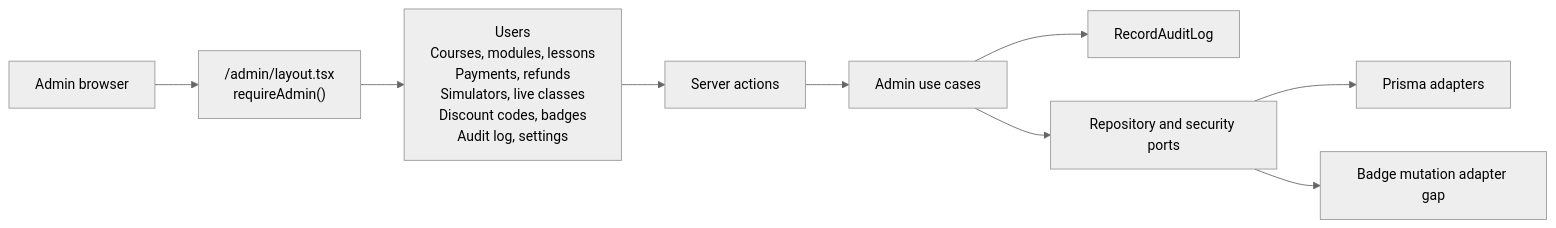
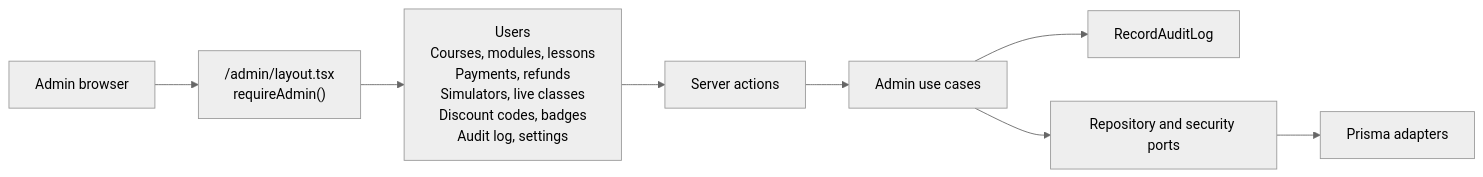
Before and after one commit to projectamazonph/amph-v2-greenfield: the diagram in docs/architecture/02-admin-panel-wiring.md, drawn with Mermaid (neutral theme). The commit also changed other lines of this file and 32 other files, not shown here.

````diff
--- a/docs/architecture/02-admin-panel-wiring.md
+++ b/docs/architecture/02-admin-panel-wiring.md
@@ -7,11 +7,10 @@
 ```mermaid
 flowchart LR
   BROWSER["Admin browser"] --> GATE["/admin/layout.tsx\nrequireAdmin()"]
   GATE --> ROUTES["Users\nCourses, modules, lessons\nPayments, refunds\nSimulators, live classes\nDiscount codes, badges\nAudit log, settings"]
   ROUTES --> ACTIONS["Server actions"]
   ACTIONS --> UC["Admin use cases"]
   UC --> AUDIT["RecordAuditLog"]
   UC --> PORTS["Repository and security ports"]
   PORTS --> PRISMA["Prisma adapters"]
-  PORTS --> GAP["Badge mutation adapter gap"]
 ```
````
